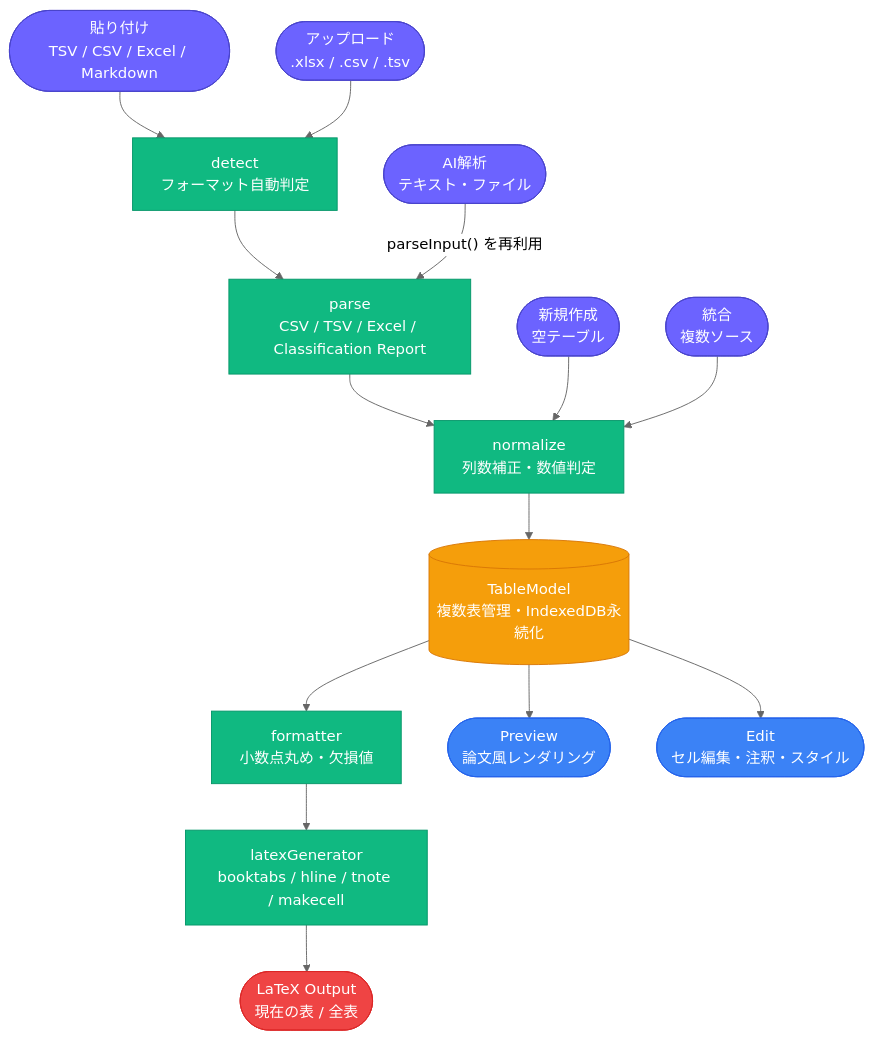
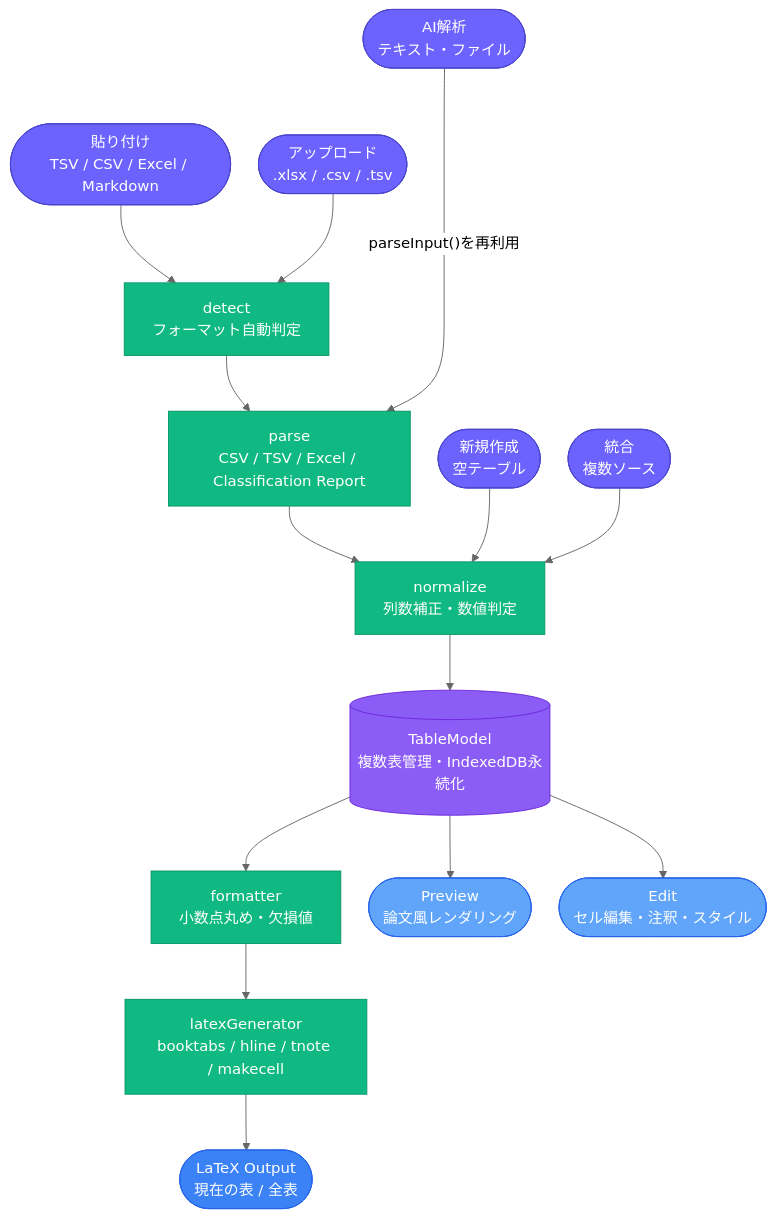
The first of 3 diagrams in docs/architecture/table.md (Axe0320/latex-research-toolkit), drawn with Mermaid (neutral theme) before and after one commit. The commit also changed other lines of this file and 4 other files, not shown here.

First line of the commit message:
モジュール別アーキテクチャ図の矢印不具合を修正し内容を拡充

````diff
--- a/docs/architecture/table.md
+++ b/docs/architecture/table.md
@@ -7,36 +15,38 @@
 ```mermaid
+%%{init: {'flowchart': {'nodeSpacing': 30, 'rankSpacing': 60}}}%%
 flowchart TD
     classDef input fill:#6C63FF,color:#fff,stroke:#4a44cc
     classDef process fill:#10B981,color:#fff,stroke:#059669
-    classDef model fill:#F59E0B,color:#fff,stroke:#D97706
-    classDef output fill:#EF4444,color:#fff,stroke:#DC2626
-    classDef ui fill:#3B82F6,color:#fff,stroke:#2563EB
+    classDef model fill:#8B5CF6,color:#fff,stroke:#6D28D9
+    classDef output fill:#3B82F6,color:#fff,stroke:#2563EB
+    classDef ui fill:#60A5FA,color:#fff,stroke:#2563EB
 
     A(["貼り付け<br/>TSV / CSV / Excel / Markdown"]):::input
     B(["アップロード<br/>.xlsx / .csv / .tsv"]):::input
     C(["新規作成<br/>空テーブル"]):::input
     D(["統合<br/>複数ソース"]):::input
-    AI(["AI解析<br/>テキスト・ファイル"]):::input
 
     E["detect<br/>フォーマット自動判定"]:::process
     F["parse<br/>CSV / TSV / Excel / Classification Report"]:::process
+    AI(["AI解析<br/>テキスト・ファイル"]):::input
     G["normalize<br/>列数補正・数値判定"]:::process
 
     H[("TableModel<br/>複数表管理・IndexedDB永続化")]:::model
 
     I["formatter<br/>小数点丸め・欠損値"]:::process
     J["latexGenerator<br/>booktabs / hline / tnote / makecell"]:::process
 
     K(["Preview<br/>論文風レンダリング"]):::ui
     L(["Edit<br/>セル編集・注釈・スタイル"]):::ui
     M(["LaTeX Output<br/>現在の表 / 全表"]):::output
 
-    A & B --> E --> F --> G
+    A & B --> E --> F
+    AI ---->|"parseInput()を再利用"| F
+    F --> G
     C & D --> G
-    AI -->|"parseInput() を再利用"| F
     G --> H
     H --> I --> J
     H --> K
     H --> L
     J --> M
 ```
````
